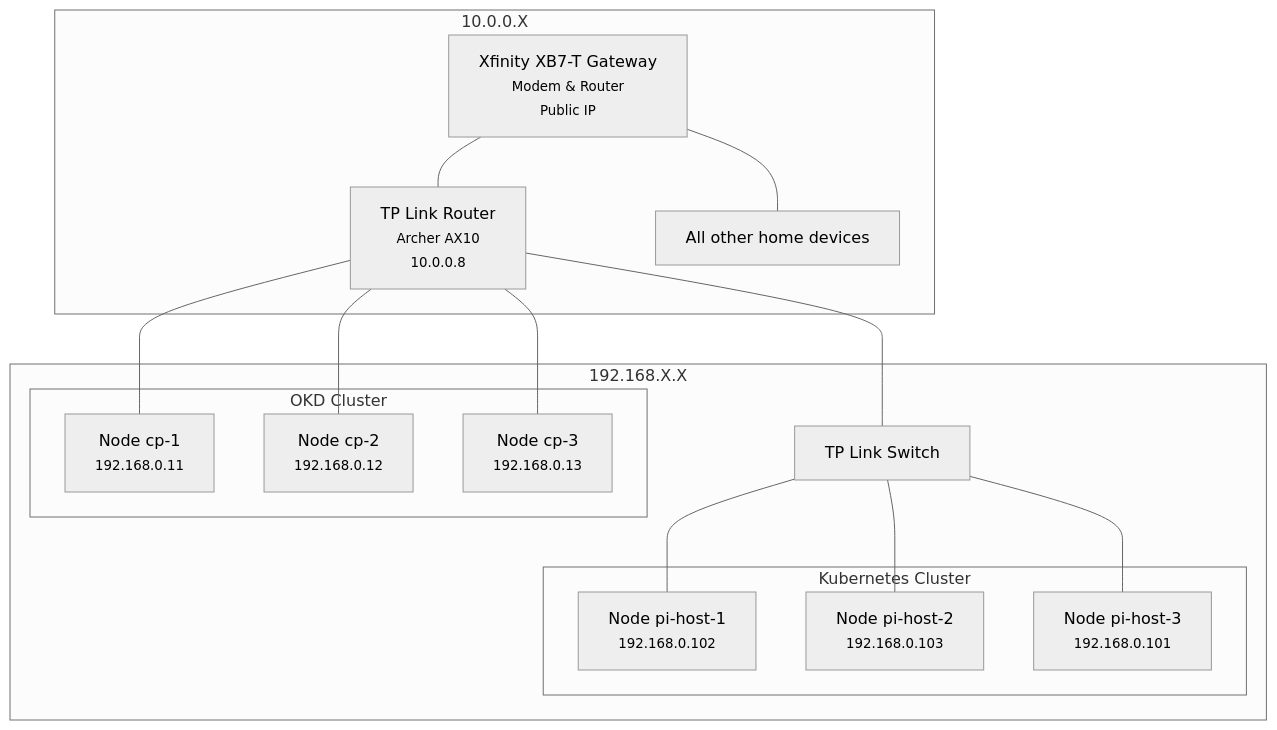
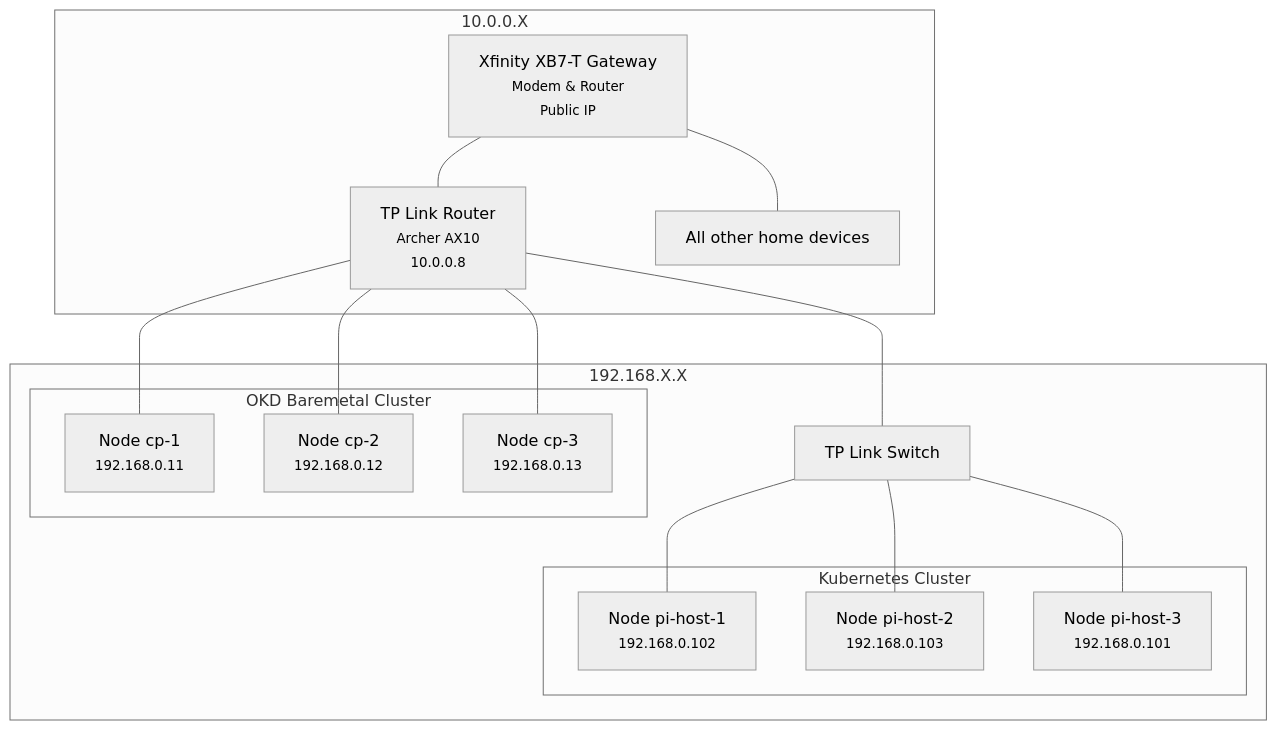
The diagram in README.md (jennweir/HomeLab), drawn with Mermaid (neutral theme) before and after one commit.

Commit message:
feat(readme): add words for better formatting

````diff
--- a/README.md
+++ b/README.md
@@ -3,30 +3,30 @@
 ```mermaid
 graph TD
 subgraph 10.0.0.X
 A[Xfinity XB7-T Gateway<br/><small>Modem & Router</small><br/><small>Public IP</small>]
 A --- B
 A --- J
 J[All other home devices]
 end
 B[TP Link Router <br/><small>Archer AX10</small><br/><small>10.0.0.8</small>]
 B --- C
 B --- D
 B --- E
 B --- F
 subgraph 192.168.X.X
-subgraph OKD Cluster
+subgraph OKD Baremetal Cluster
 C[Node cp-1 <br/><small>192.168.0.11</small>]
 D[Node cp-2 <br/><small>192.168.0.12</small>]
 E[Node cp-3 <br/><small>192.168.0.13</small>]
 end
 F[TP Link Switch]
 subgraph Kubernetes Cluster
 G[Node pi-host-1 <br/><small>192.168.0.102</small>]
 H[Node pi-host-2 <br/><small>192.168.0.103</small>]
 I[Node pi-host-3 <br/><small>192.168.0.101</small>]
 end
 F --- G
 F --- H
 F --- I
 end
 ```
````
